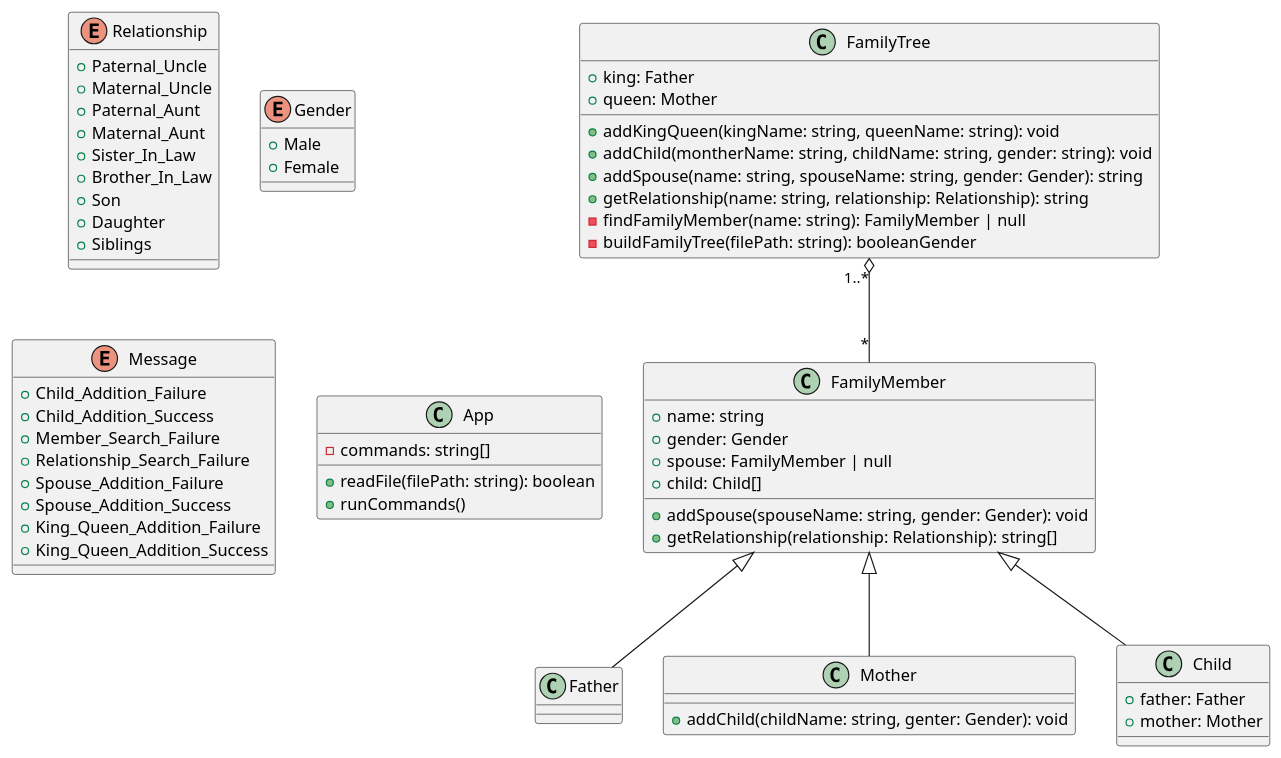
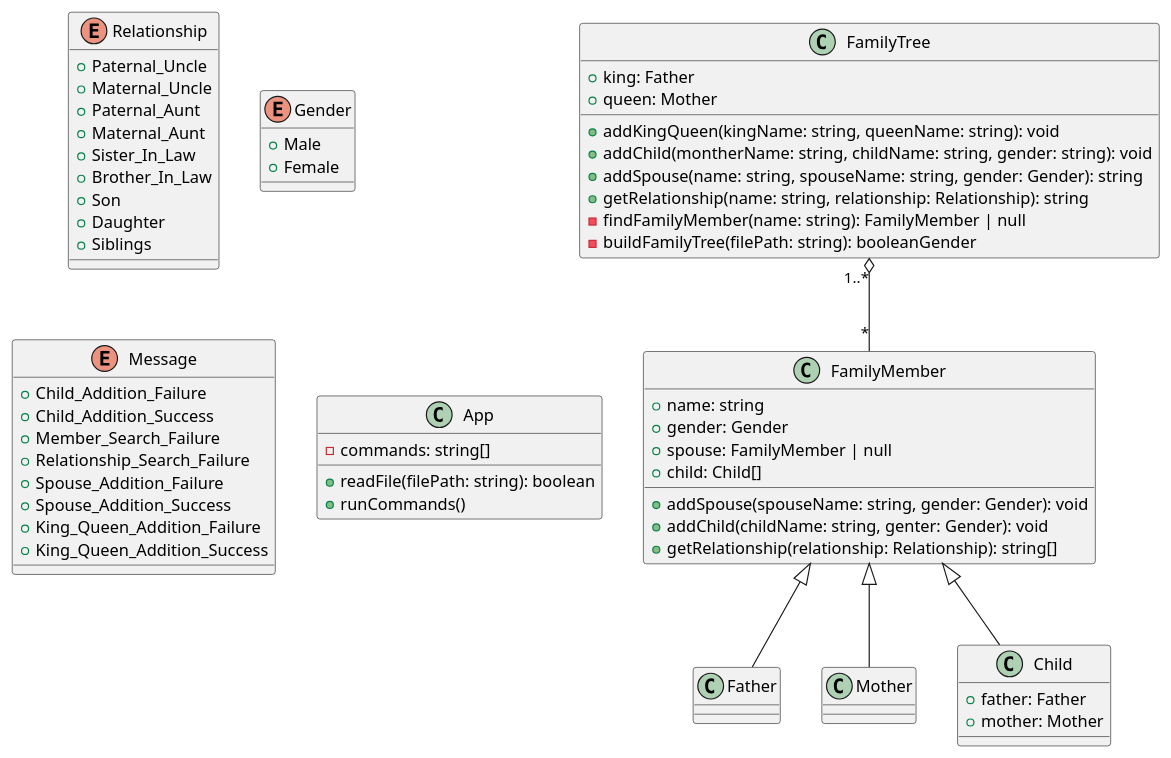
One commit to evaou/family-tree changed the diagram in uml/class-diagram.puml. Above: the diagram before and after it, drawn with PlantUML. The commit also changed other lines of this file, not shown here.

Commit message:
move addChild to FamilyMember

```diff
--- a/uml/class-diagram.puml
+++ b/uml/class-diagram.puml
@@ -1,75 +1,75 @@
 @startuml class diagram
 
 enum Relationship {
     +Paternal_Uncle
     +Maternal_Uncle
     +Paternal_Aunt
     +Maternal_Aunt
     +Sister_In_Law
     +Brother_In_Law
     +Son
     +Daughter
     +Siblings
 }
 
 enum Gender {
     +Male
     +Female
 }
 
 enum Message {
     +Child_Addition_Failure
     +Child_Addition_Success
     +Member_Search_Failure
     +Relationship_Search_Failure
     +Spouse_Addition_Failure
     +Spouse_Addition_Success
     +King_Queen_Addition_Failure
     +King_Queen_Addition_Success
 }
 
 class App {
     -commands: string[]
     +readFile(filePath: string): boolean
     +runCommands()
 }
 
 class FamilyTree {
     +king: Father
     +queen: Mother
     +addKingQueen(kingName: string, queenName: string): void
     +addChild(montherName: string, childName: string, gender: string): void
     +addSpouse(name: string, spouseName: string, gender: Gender): string
     +getRelationship(name: string, relationship: Relationship): string
     -findFamilyMember(name: string): FamilyMember | null
     -buildFamilyTree(filePath: string): booleanGender
 }
 
 class FamilyMember {
     +name: string
     +gender: Gender
     +spouse: FamilyMember | null
     +child: Child[]
     +addSpouse(spouseName: string, gender: Gender): void
+    +addChild(childName: string, genter: Gender): void
     +getRelationship(relationship: Relationship): string[]
 }
 
 class Father {
 }
 
 class Mother {
-    +addChild(childName: string, genter: Gender): void
 }
 
 class Child {
     +father: Father
     +mother: Mother
 }
 
 FamilyTree "1..*" o-- "*" FamilyMember
 
 FamilyMember <|-- Father
 FamilyMember <|--  Mother
 FamilyMember <|--  Child
 
 @enduml
```
